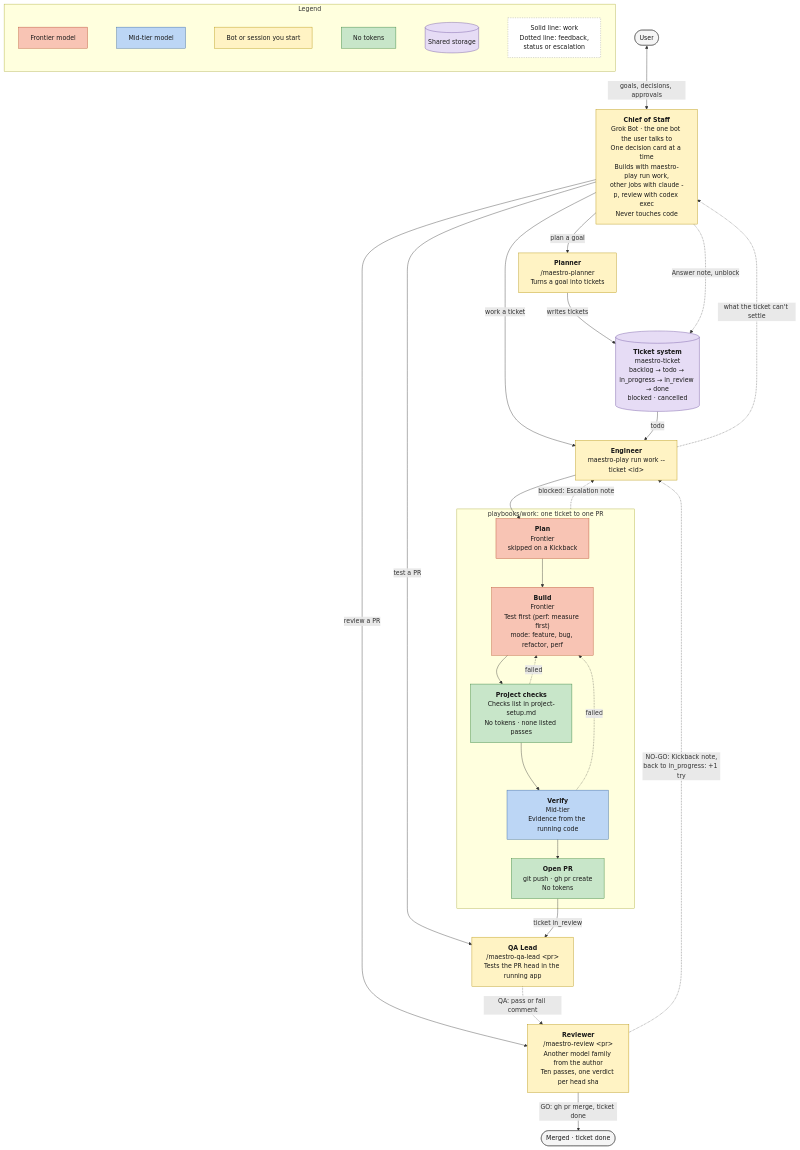
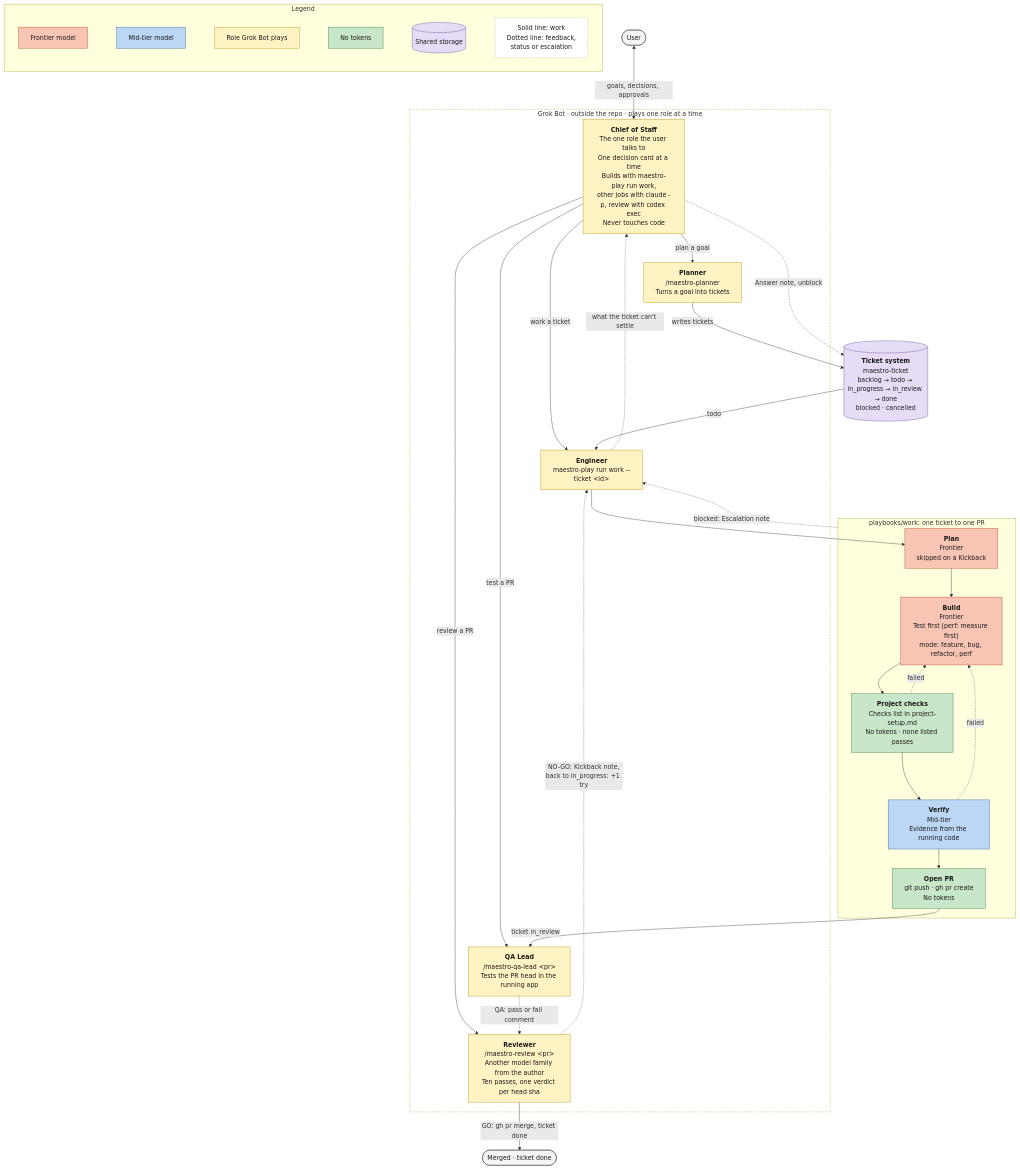
Before and after one commit to ProlesDei/maestro: the diagram in docs/team.mermaid, drawn with Mermaid. The commit also changed 4 other files, not shown here.

First line of the commit message:
Describe Maestro as infrastructure for an agentic swarm, run by Grok Bot

```diff
--- a/docs/team.mermaid
+++ b/docs/team.mermaid
@@ -1,70 +1,73 @@
 flowchart TD
     User([User])
 
-    CoS["<b>Chief of Staff</b><br/>Grok Bot · the one bot the user talks to<br/>One decision card at a time<br/>Builds with maestro-play run work,<br/>other jobs with claude -p, review with codex exec<br/>Never touches code"]
-    Planner["<b>Planner</b><br/>/maestro-planner<br/>Turns a goal into tickets"]
+    subgraph Grok ["Grok Bot · outside the repo · plays one role at a time"]
+        CoS["<b>Chief of Staff</b><br/>The one role the user talks to<br/>One decision card at a time<br/>Builds with maestro-play run work,<br/>other jobs with claude -p, review with codex exec<br/>Never touches code"]
+        Planner["<b>Planner</b><br/>/maestro-planner<br/>Turns a goal into tickets"]
+        Eng["<b>Engineer</b><br/>maestro-play run work --ticket &lt;id&gt;"]
+        QA["<b>QA Lead</b><br/>/maestro-qa-lead &lt;pr&gt;<br/>Tests the PR head in the running app"]
+        Rev["<b>Reviewer</b><br/>/maestro-review &lt;pr&gt;<br/>Another model family from the author<br/>Ten passes, one verdict per head sha"]
+    end
+
     Tickets[("<b>Ticket system</b><br/>maestro-ticket<br/>backlog → todo → in_progress → in_review → done<br/>blocked · cancelled")]
-
-    Eng["<b>Engineer</b><br/>maestro-play run work --ticket &lt;id&gt;"]
 
     subgraph Work ["playbooks/work: one ticket to one PR"]
         Plan["<b>Plan</b><br/>Frontier<br/>skipped on a Kickback"]
         Build["<b>Build</b><br/>Frontier<br/>Test first (perf: measure first)<br/>mode: feature, bug, refactor, perf"]
         Checks["<b>Project checks</b><br/>Checks list in project-setup.md<br/>No tokens · none listed passes"]
         Verify["<b>Verify</b><br/>Mid-tier<br/>Evidence from the running code"]
         PR["<b>Open PR</b><br/>git push · gh pr create<br/>No tokens"]
     end
 
-    QA["<b>QA Lead</b><br/>/maestro-qa-lead &lt;pr&gt;<br/>Tests the PR head in the running app"]
-    Rev["<b>Reviewer</b><br/>/maestro-review &lt;pr&gt;<br/>Another model family from the author<br/>Ten passes, one verdict per head sha"]
     Done([Merged · ticket done])
 
     %% User and Chief of Staff
     User <-->|"goals, decisions, approvals"| CoS
 
     %% The Chief of Staff starts each job
     CoS -->|"plan a goal"| Planner
     CoS -->|"work a ticket"| Eng
     CoS -->|"test a PR"| QA
     CoS -->|"review a PR"| Rev
 
     %% Planning
     Planner -->|"writes tickets"| Tickets
     Tickets -->|"todo"| Eng
 
     %% Build
     Eng --> Plan --> Build --> Checks --> Verify --> PR
     Checks -.->|"failed"| Build
     Verify -.->|"failed"| Build
     Work -.->|"blocked: Escalation note"| Eng
     Eng -.->|"what the ticket can't settle"| CoS
     CoS -.->|"Answer note, unblock"| Tickets
 
     %% Test and review
     PR -->|"ticket in_review"| QA
     QA -.->|"QA: pass or fail comment"| Rev
     Rev -->|"GO: gh pr merge, ticket done"| Done
     Rev -.->|"NO-GO: Kickback note,<br/>back to in_progress: +1 try"| Eng
 
     %% Legend
     subgraph Legend ["Legend"]
         direction LR
-        L1["Frontier model"] ~~~ L2["Mid-tier model"] ~~~ L6["Bot or session you start"] ~~~ L3["No tokens"] ~~~ L4[("Shared storage")] ~~~ L5["Solid line: work<br/>Dotted line: feedback,<br/>status or escalation"]
+        L1["Frontier model"] ~~~ L2["Mid-tier model"] ~~~ L6["Role Grok Bot plays"] ~~~ L3["No tokens"] ~~~ L4[("Shared storage")] ~~~ L5["Solid line: work<br/>Dotted line: feedback,<br/>status or escalation"]
     end
 
     %% Styles by cost tier
     classDef frontier fill:#f8c4b4,stroke:#b5472b,color:#1a1a1a
     classDef mid fill:#bcd6f5,stroke:#2f5f9e,color:#1a1a1a
     classDef free fill:#c8e6c9,stroke:#2e7d32,color:#1a1a1a
     classDef storage fill:#e6dcf5,stroke:#6a4c9c,color:#1a1a1a
     classDef person fill:#f5f5f5,stroke:#555,color:#1a1a1a
     classDef bot fill:#fff3c4,stroke:#b38f00,color:#1a1a1a
     classDef note fill:#ffffff,stroke:#999,color:#1a1a1a,stroke-dasharray:3 3
 
     class Plan,Build,L1 frontier
     class Verify,L2 mid
     class Checks,PR,L3 free
     class Tickets,L4 storage
     class User,Done person
     class CoS,Planner,Eng,QA,Rev,L6 bot
     class L5 note
+    style Grok fill:none,stroke:#b38f00,stroke-dasharray:4 4
```
